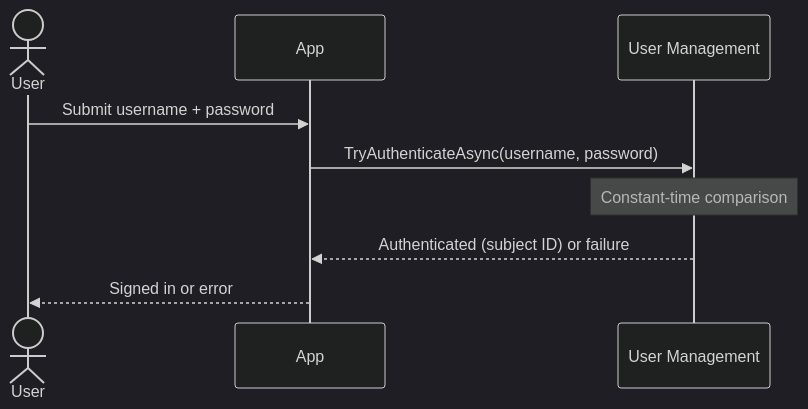
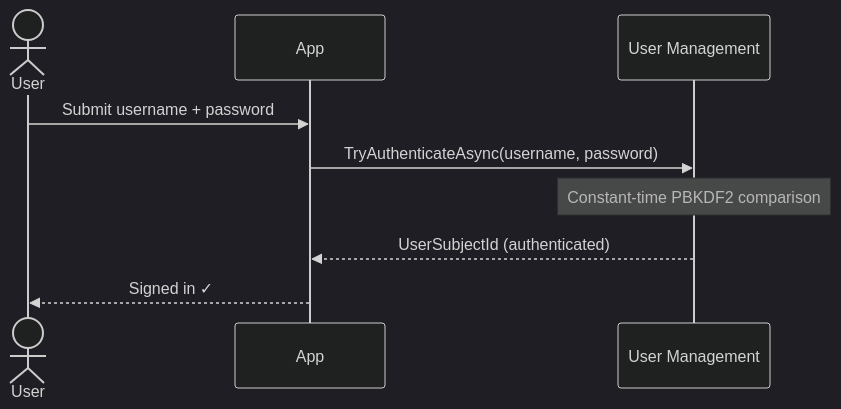
Before and after one commit to DuendeSoftware/docs.duendesoftware.com: the first of 2 diagrams in astro/src/content/docs/usermanagement/authentication/passwords.md, drawn with Mermaid (dark theme). The commit also changed other lines of this file and 18 other files, not shown here.

````diff
--- a/astro/src/content/docs/usermanagement/authentication/passwords.md
+++ b/astro/src/content/docs/usermanagement/authentication/passwords.md
@@ -219,12 +227,12 @@
 ```mermaid
 sequenceDiagram
     actor User
     participant App
     participant UserManagement as User Management
 
     User->>App: Submit username + password
     App->>UserManagement: TryAuthenticateAsync(username, password)
-    Note over UserManagement: Constant-time comparison
-    UserManagement-->>App: Authenticated (subject ID) or failure
-    App-->>User: Signed in or error
+    Note over UserManagement: Constant-time PBKDF2 comparison
+    UserManagement-->>App: UserSubjectId (authenticated)
+    App-->>User: Signed in ✓
 ```
````
